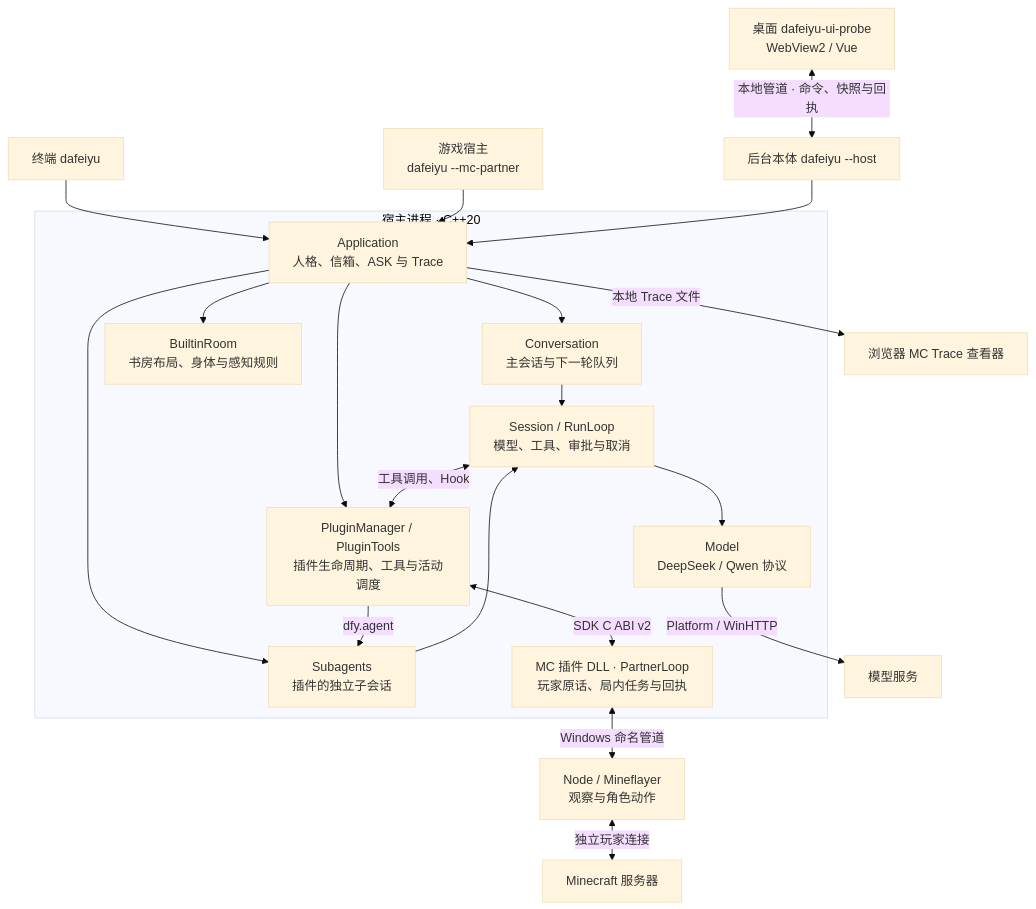
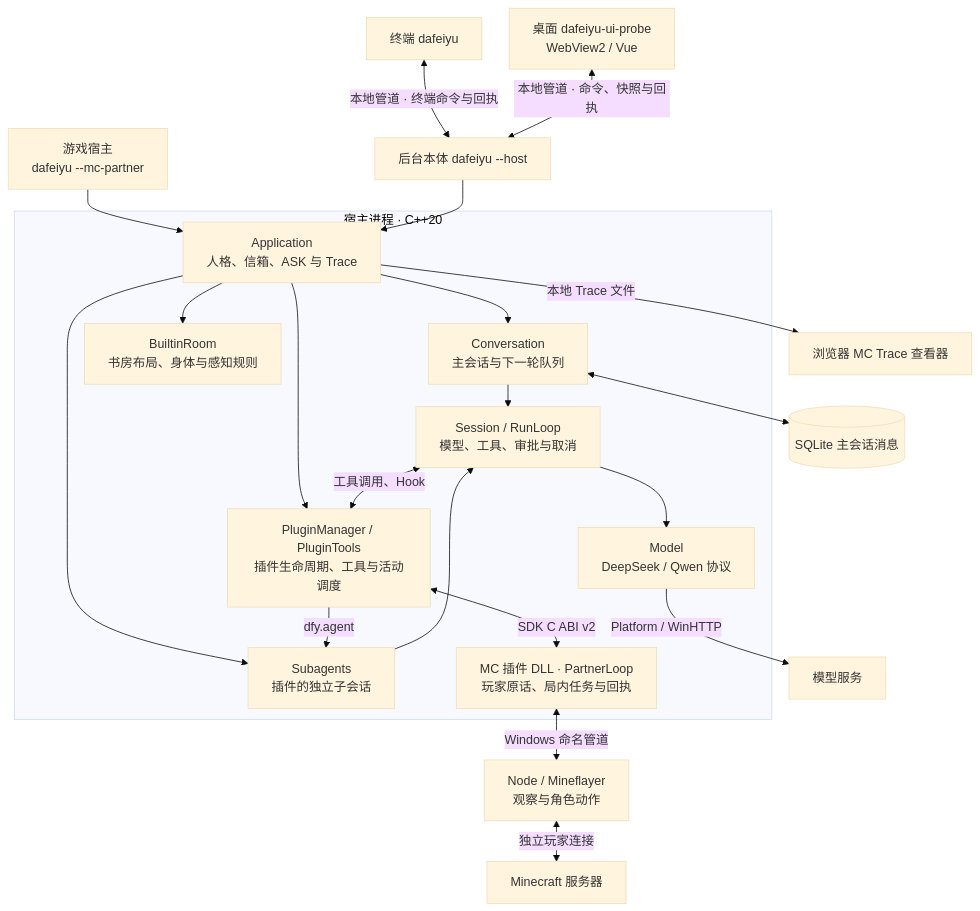
The first of 5 diagrams in docs/architecture.md (AuraKaliya/DaFeiYu-), drawn with Mermaid (base theme) before and after one commit. The commit also changed other lines of this file and 6 other files, not shown here.

````diff
--- a/docs/architecture.md
+++ b/docs/architecture.md
@@ -27,41 +27,42 @@
 ```mermaid
 ---
 config:
   flowchart:
     rankSpacing: 28
     nodeSpacing: 24
 ---
 flowchart TB
     Terminal["终端 dafeiyu"]
     GameHost["游戏宿主<br/>dafeiyu --mc-partner"]
     Gui["桌面 dafeiyu-ui-probe<br/>WebView2 / Vue"]
 
     subgraph Host["宿主进程 · C++20"]
         App["Application<br/>人格、信箱、ASK 与 Trace"]
         Main["Conversation<br/>主会话与下一轮队列"]
         Room["BuiltinRoom<br/>书房布局、身体与感知规则"]
         Child["Subagents<br/>插件的独立子会话"]
         Run["Session / RunLoop<br/>模型、工具、审批与取消"]
         Plugins["PluginManager / PluginTools<br/>插件生命周期、工具与活动调度"]
         Mc["MC 插件 DLL · PartnerLoop<br/>玩家原话、局内任务与回执"]
         Model["Model<br/>DeepSeek / Qwen 协议"]
 
         App --> Main --> Run
         App --> Room
         App --> Child --> Run
         App --> Plugins
         Plugins -->|dfy.agent| Child
         Run <-->|工具调用、Hook| Plugins
         Plugins <-->|SDK C ABI v2| Mc
         Run --> Model
     end
 
-    Terminal --> App
+    Terminal <-->|本地管道 · 终端命令与回执| Resident
     GameHost --> App
     Gui <-->|本地管道 · 命令、快照与回执| Resident["后台本体 dafeiyu --host"]
     Resident --> App
+    Main <--> Messages[(SQLite 主会话消息)]
     App -->|本地 Trace 文件| Viewer["浏览器 MC Trace 查看器"]
     Model -->|Platform / WinHTTP| Service["模型服务"]
     Mc <-->|Windows 命名管道| Bridge["Node / Mineflayer<br/>观察与角色动作"]
     Bridge <-->|独立玩家连接| Minecraft["Minecraft 服务器"]
 ```
````
